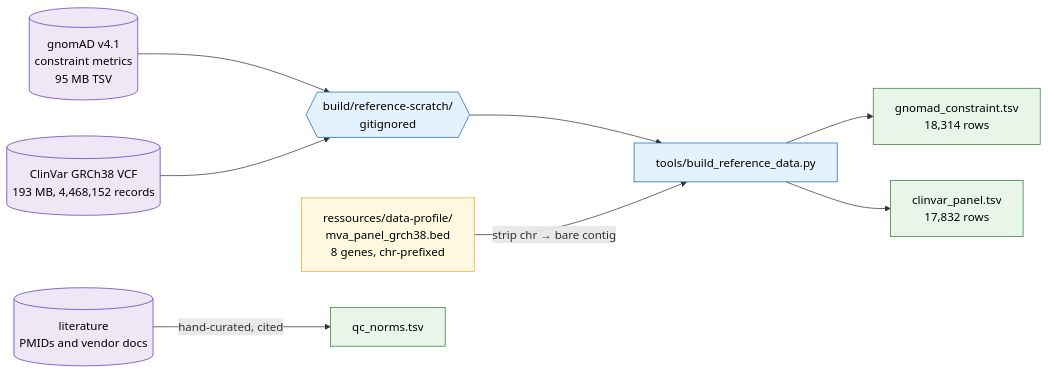
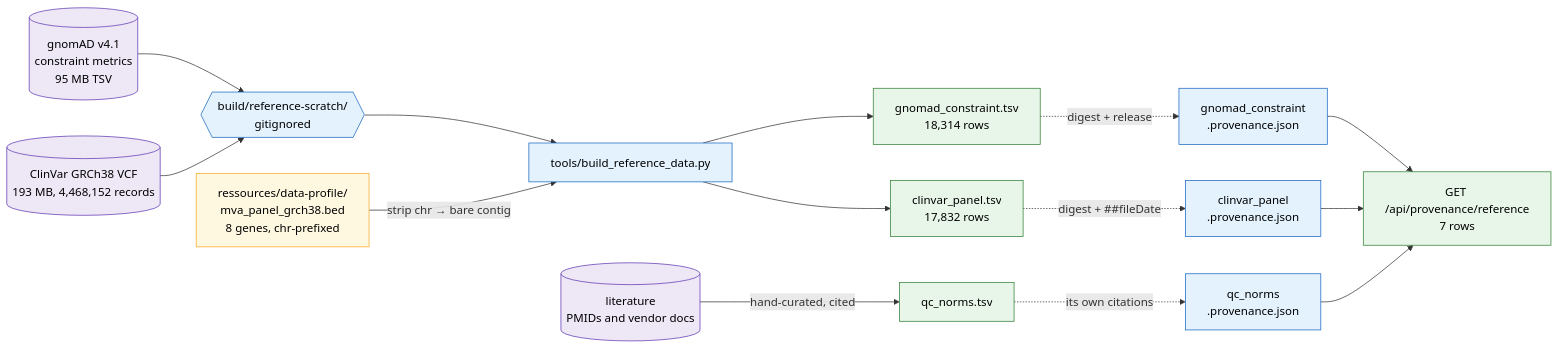
The first of 2 diagrams in ressources/reference/README.md (agharsallah/mva-hackathon), drawn with Mermaid before and after one commit. The commit also changed other lines of this file and 25 other files, not shown here.

````diff
--- a/ressources/reference/README.md
+++ b/ressources/reference/README.md
@@ -35,22 +87,29 @@
 ```mermaid
 flowchart LR
   G[("gnomAD v4.1<br/>constraint metrics<br/>95 MB TSV")]:::raw
   C[("ClinVar GRCh38 VCF<br/>193 MB, 4,468,152 records")]:::raw
   L[("literature<br/>PMIDs and vendor docs")]:::raw
 
   S{{"build/reference-scratch/<br/>gitignored"}}:::machine
   B["tools/build_reference_data.py"]:::machine
   P["ressources/data-profile/<br/>mva_panel_grch38.bed<br/>8 genes, chr-prefixed"]:::decide
 
   G --> S --> B
   C --> S
   P -->|"strip chr → bare contig"| B
   B --> O1["gnomad_constraint.tsv<br/>18,314 rows"]:::good
   B --> O2["clinvar_panel.tsv<br/>17,832 rows"]:::good
   L -->|"hand-curated, cited"| O3["qc_norms.tsv"]:::good
 
+  O1 -.->|"digest + release"| M1["gnomad_constraint<br/>.provenance.json"]:::machine
+  O2 -.->|"digest + ##fileDate"| M2["clinvar_panel<br/>.provenance.json"]:::machine
+  O3 -.->|"its own citations"| M3["qc_norms<br/>.provenance.json"]:::machine
+  M1 --> API["GET /api/provenance/reference<br/>7 rows"]:::good
+  M2 --> API
+  M3 --> API
+
   classDef raw fill:#ede7f6,stroke:#5e35b1,color:#000
   classDef machine fill:#e3f2fd,stroke:#1565c0,color:#000
   classDef decide fill:#fff8e1,stroke:#f9a825,color:#000
   classDef good fill:#e8f5e9,stroke:#2e7d32,color:#000
 ```
````
